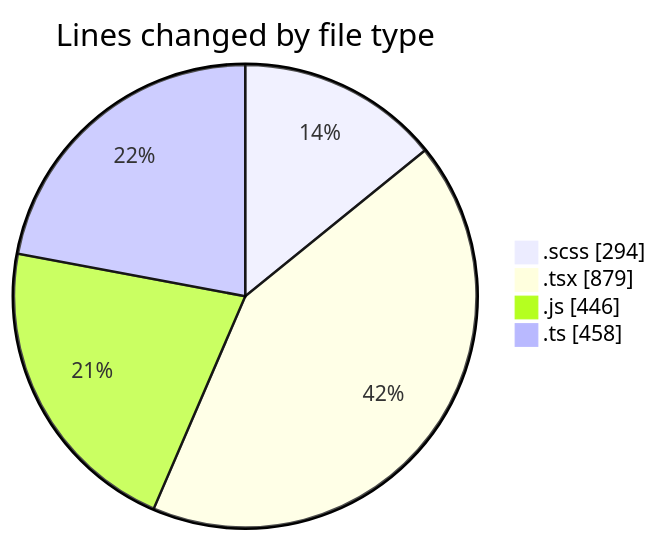
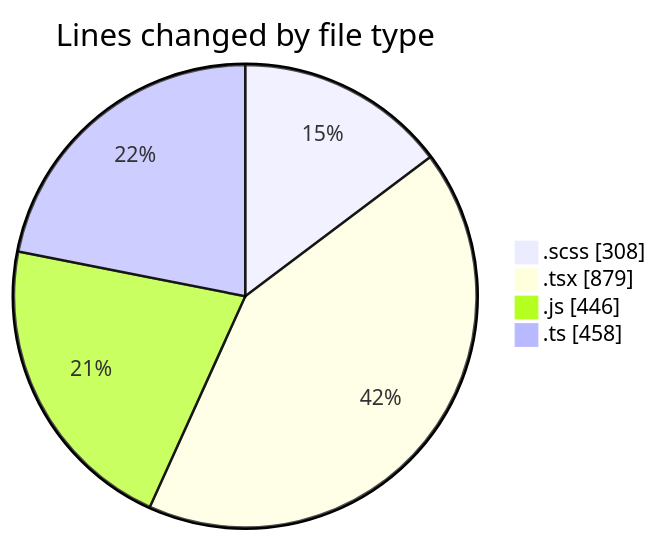
Before and after one commit to momahboobian/code-tracking: the first of 2 diagrams in 2025-03-14/cda/README.md, drawn with Mermaid. The commit also changed other lines of this file and 1 other file, not shown here.

````diff
--- a/2025-03-14/cda/README.md
+++ b/2025-03-14/cda/README.md
@@ -34,8 +34,8 @@
 ```mermaid
 pie showData
 title Lines changed by file type
-".scss" : 294
+".scss" : 308
 ".tsx" : 879
 ".js" : 446
 ".ts" : 458
 ```
````
